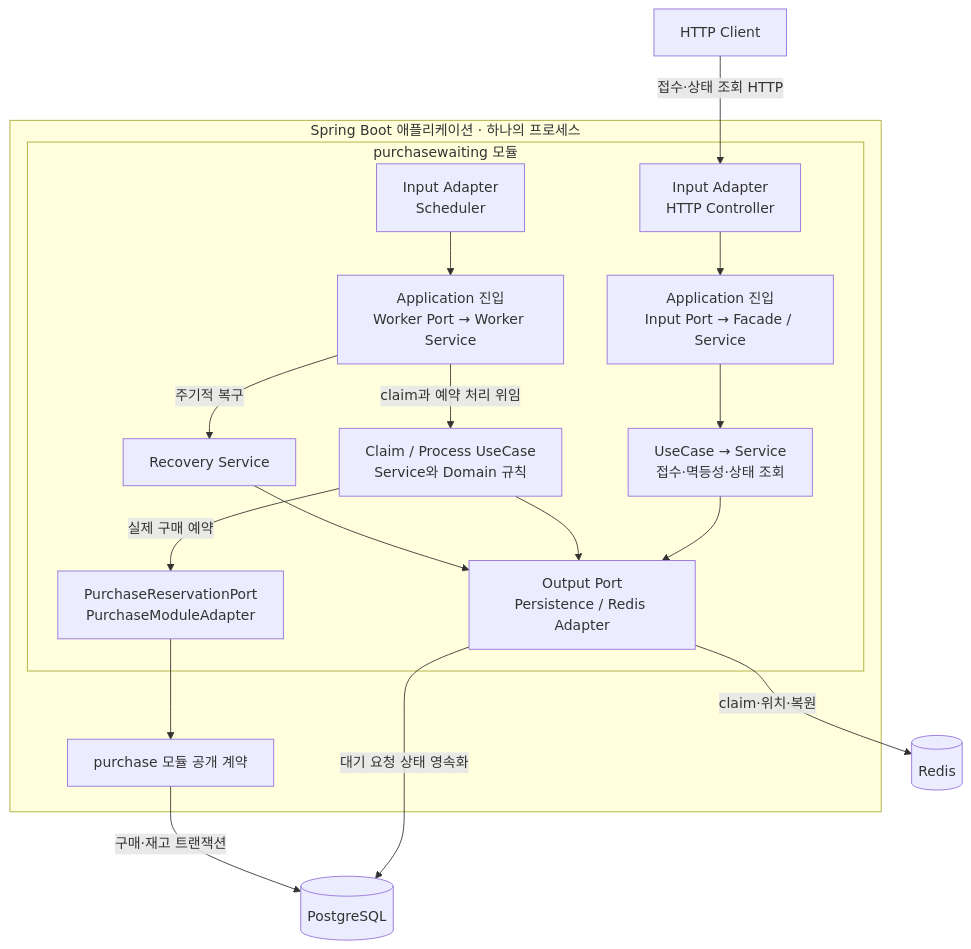
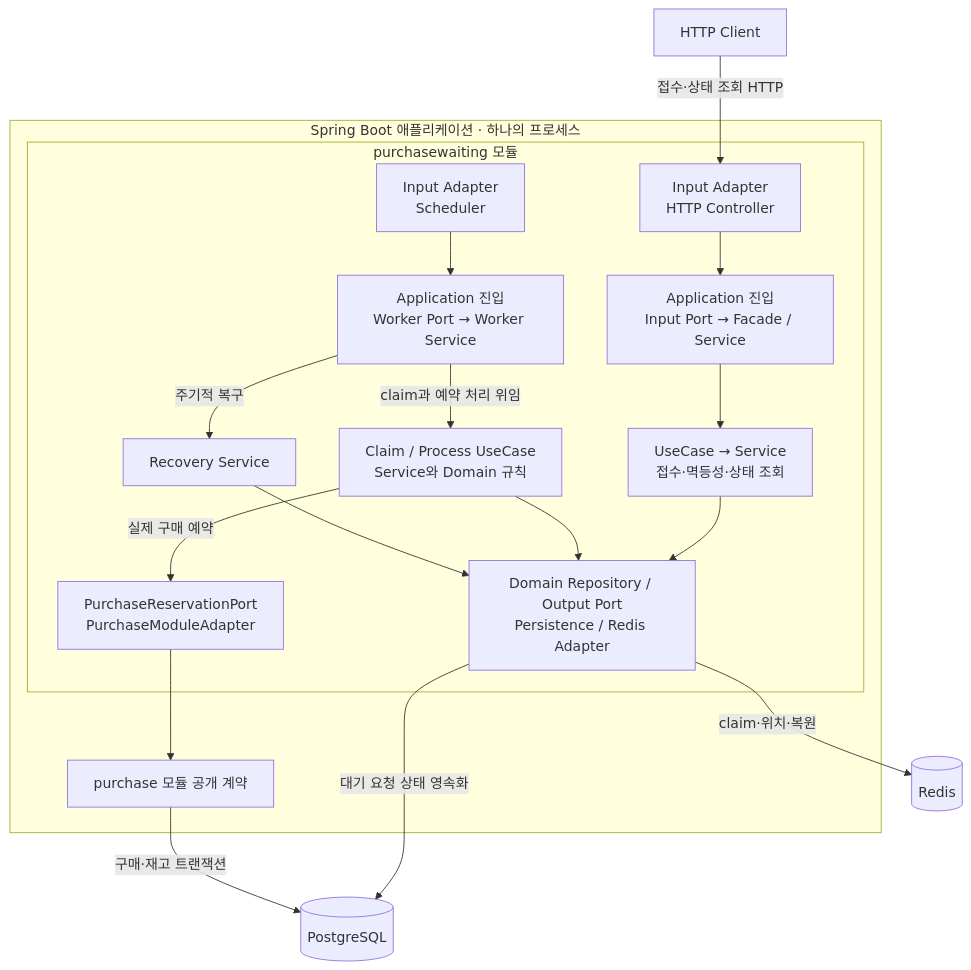
Before and after one commit to DevelopHeon/limited-ticketing: the diagram in docs/architecture/purchase-waiting.md, drawn with Mermaid. The commit also changed other lines of this file and 263 other files, not shown here.

First line of the commit message:
refactor: 업무 모듈 경계와 Domain Repository 구조 통일

````diff
--- a/docs/architecture/purchase-waiting.md
+++ b/docs/architecture/purchase-waiting.md
@@ -29,34 +29,34 @@
 ```mermaid
 flowchart TB
     client["HTTP Client"]
     subgraph app["Spring Boot 애플리케이션 · 하나의 프로세스"]
         subgraph waiting["purchasewaiting 모듈"]
             http["Input Adapter<br/>HTTP Controller"]
             entry["Application 진입<br/>Input Port → Facade / Service"]
             command["UseCase → Service<br/>접수·멱등성·상태 조회"]
             worker["Input Adapter<br/>Scheduler"]
             workerEntry["Application 진입<br/>Worker Port → Worker Service"]
             process["Claim / Process UseCase<br/>Service와 Domain 규칙"]
             recovery["Recovery Service"]
-            adapters["Output Port<br/>Persistence / Redis Adapter"]
+            adapters["Domain Repository / Output Port<br/>Persistence / Redis Adapter"]
             http --> entry
             entry --> command
             command --> adapters
             worker --> workerEntry
             workerEntry -->|"claim과 예약 처리 위임"| process
             workerEntry -->|"주기적 복구"| recovery
             process --> adapters
             recovery --> adapters
             purchaseAdapter["PurchaseReservationPort<br/>PurchaseModuleAdapter"]
             process -->|"실제 구매 예약"| purchaseAdapter
         end
         purchase["purchase 모듈 공개 계약"]
         purchaseAdapter --> purchase
     end
     client -->|"접수·상태 조회 HTTP"| http
     db[("PostgreSQL")]
     redis[("Redis")]
     adapters -->|"대기 요청 상태 영속화"| db
     adapters -->|"claim·위치·복원"| redis
     purchase -->|"구매·재고 트랜잭션"| db
 ```
````
